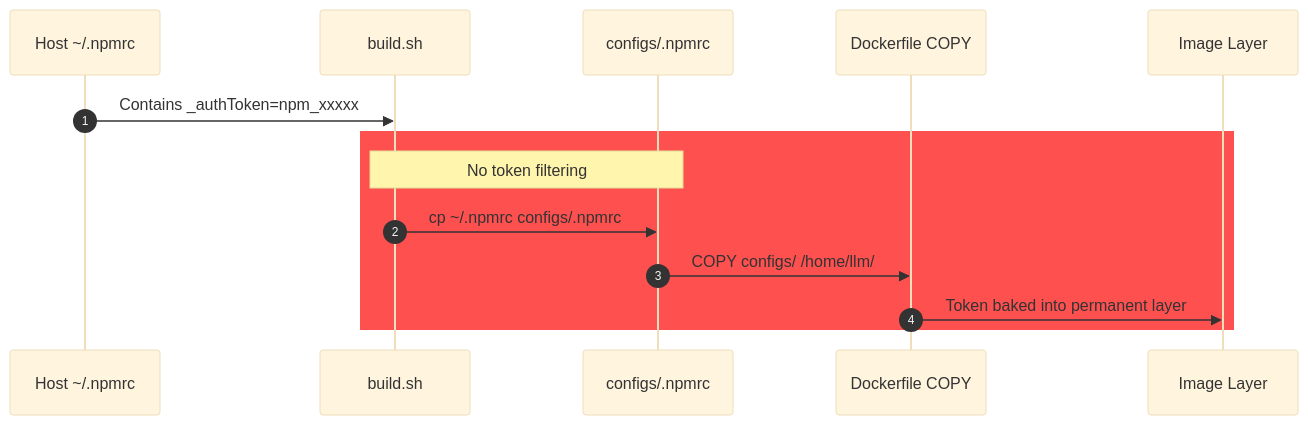
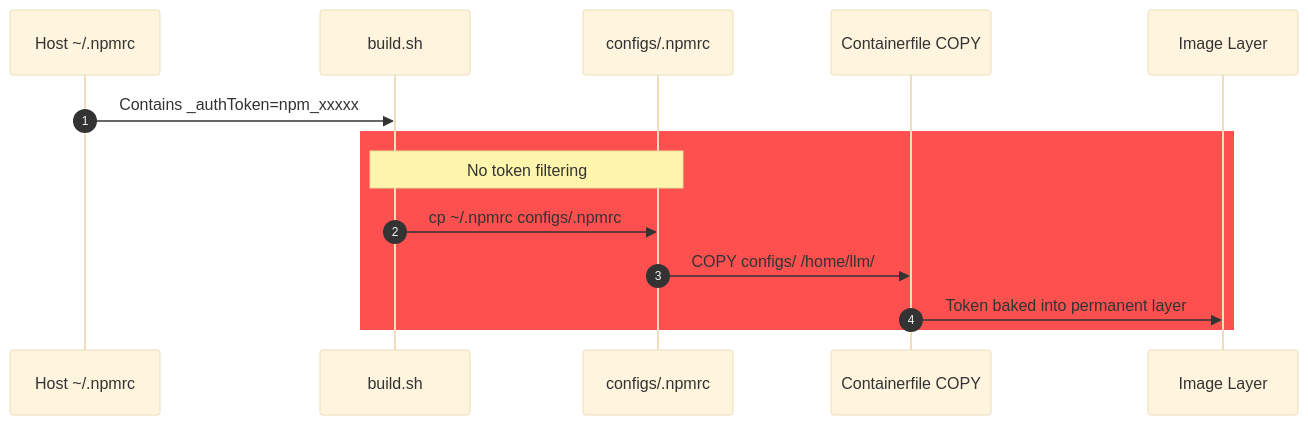
The fifth of 13 diagrams in THREAT_MODEL.md (trevor-vaughan/claude-riotbox), drawn with Mermaid before and after one commit. The commit also changed other lines of this file and 8 other files, not shown here.

````diff
--- a/THREAT_MODEL.md
+++ b/THREAT_MODEL.md
@@ -1868,18 +1908,18 @@
 ```mermaid
 %%{init: {'theme': 'base'}}%%
 sequenceDiagram
   autonumber
   participant Host as Host ~/.npmrc
   participant Build as build.sh
   participant Ctx as configs/.npmrc
-  participant Docker as Dockerfile COPY
+  participant Docker as Containerfile COPY
   participant Image as Image Layer
 
   Host->>Build: Contains _authToken=npm_xxxxx
   rect rgb(255, 80, 80)
     Note over Build,Ctx: No token filtering
     Build->>Ctx: cp ~/.npmrc configs/.npmrc
     Ctx->>Docker: COPY configs/ /home/llm/
     Docker->>Image: Token baked into permanent layer
   end
 ```
````
